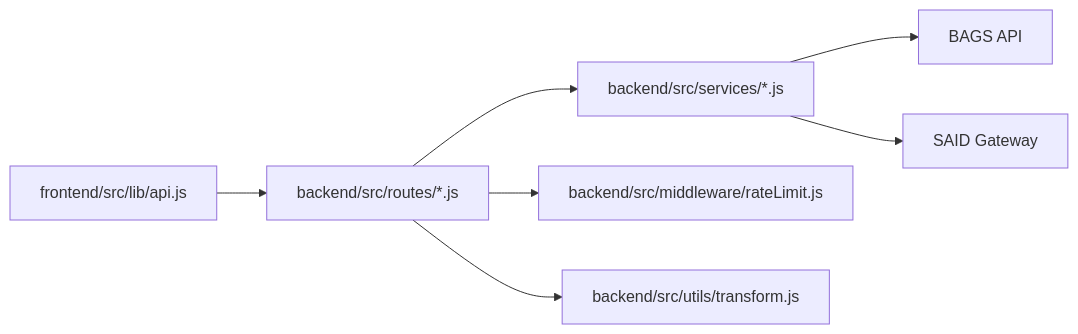
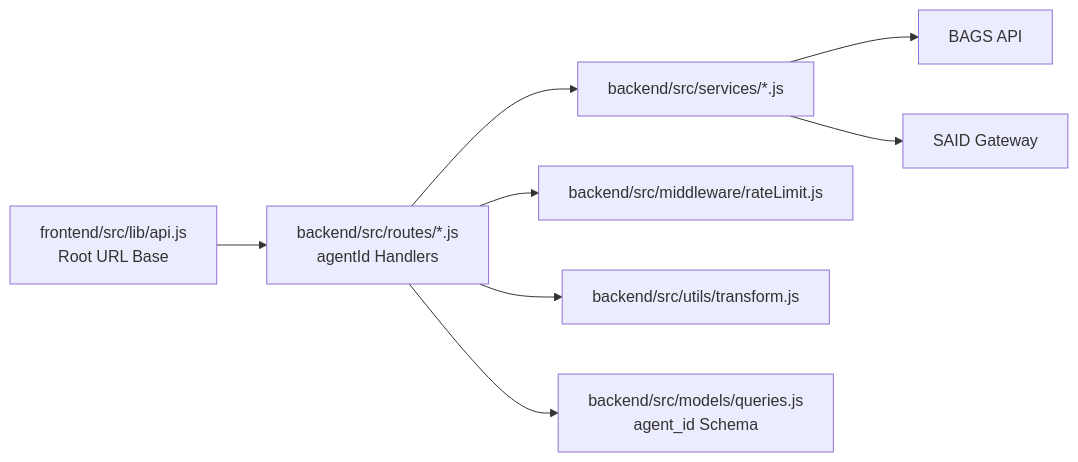
One commit to RunTimeAdmin/AgentID changed the tenth of 10 diagrams in .qoder/repowiki/en/content/Frontend Application/API Integration.md. Above: the diagram before and after it, drawn with Mermaid. The commit also changed other lines of this file and 31 other files, not shown here.

````diff
--- a/.qoder/repowiki/en/content/Frontend Application/API Integration.md
+++ b/.qoder/repowiki/en/content/Frontend Application/API Integration.md
@@ -374,9 +425,10 @@
 ```mermaid
 graph LR
-FE_API["frontend/src/lib/api.js"] --> BE_ROUTES["backend/src/routes/*.js"]
+FE_API["frontend/src/lib/api.js<br/>Root URL Base"] --> BE_ROUTES["backend/src/routes/*.js<br/>agentId Handlers"]
 BE_ROUTES --> BE_SERVICES["backend/src/services/*.js"]
 BE_ROUTES --> BE_MIDDLEWARE["backend/src/middleware/rateLimit.js"]
 BE_ROUTES --> BE_UTILS["backend/src/utils/transform.js"]
+BE_ROUTES --> BE_MODELS["backend/src/models/queries.js<br/>agent_id Schema"]
 BE_SERVICES --> EXT_BAGS["BAGS API"]
 BE_SERVICES --> EXT_SAID["SAID Gateway"]
 ```
````
